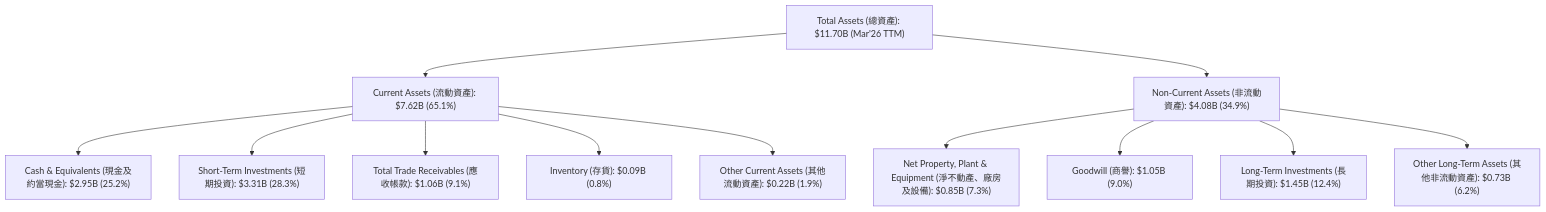
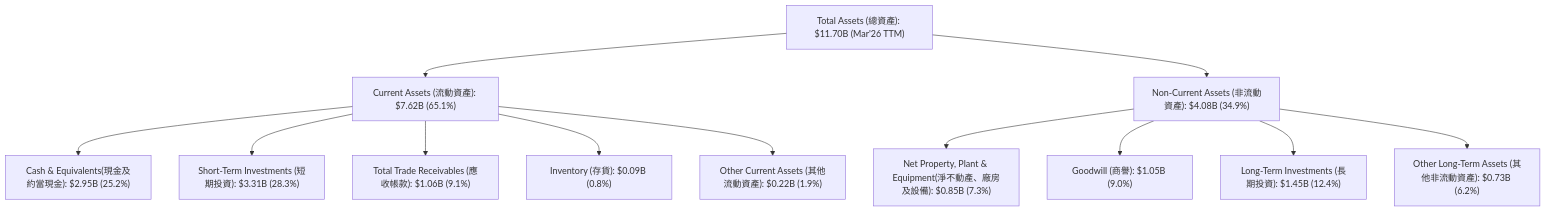
One commit to yennanliu/finance_data changed the seventh of 15 diagrams in ai_gen_report/stock/grab/fundamental_analysis_2026-07-05_gemini.md. Above: the diagram before and after it, drawn with Mermaid. The commit also changed 2258 other files, not shown here.

First line of the commit message:
chore: backfill Mermaid syntax repair across existing reports

````diff
--- a/ai_gen_report/stock/grab/fundamental_analysis_2026-07-05_gemini.md
+++ b/ai_gen_report/stock/grab/fundamental_analysis_2026-07-05_gemini.md
@@ -368,21 +368,21 @@
 ```mermaid
 graph TD
     TA["Total Assets (總資產): $11.70B (Mar'26 TTM)"]
 
     CA["Current Assets (流動資產): $7.62B (65.1%)"]
     NCA["Non-Current Assets (非流動資產): $4.08B (34.9%)"]
 
     TA --> CA
     TA --> NCA
 
-    CA --> CSH["Cash & Equivalents (現金及約當現金): $2.95B (25.2%)"]
+    CA --> CSH["Cash & Equivalents(現金及約當現金): $2.95B (25.2%)"]
     CA --> STI["Short-Term Investments (短期投資): $3.31B (28.3%)"]
     CA --> REC["Total Trade Receivables (應收帳款): $1.06B (9.1%)"]
     CA --> INV["Inventory (存貨): $0.09B (0.8%)"]
     CA --> OCA["Other Current Assets (其他流動資產): $0.22B (1.9%)"]
 
-    NCA --> PPE["Net Property, Plant & Equipment (淨不動產、廠房及設備): $0.85B (7.3%)"]
+    NCA --> PPE["Net Property, Plant & Equipment(淨不動產、廠房及設備): $0.85B (7.3%)"]
     NCA --> GW["Goodwill (商譽): $1.05B (9.0%)"]
     NCA --> LTI["Long-Term Investments (長期投資): $1.45B (12.4%)"]
     NCA --> OLT["Other Long-Term Assets (其他非流動資產): $0.73B (6.2%)"]
 ```
````
